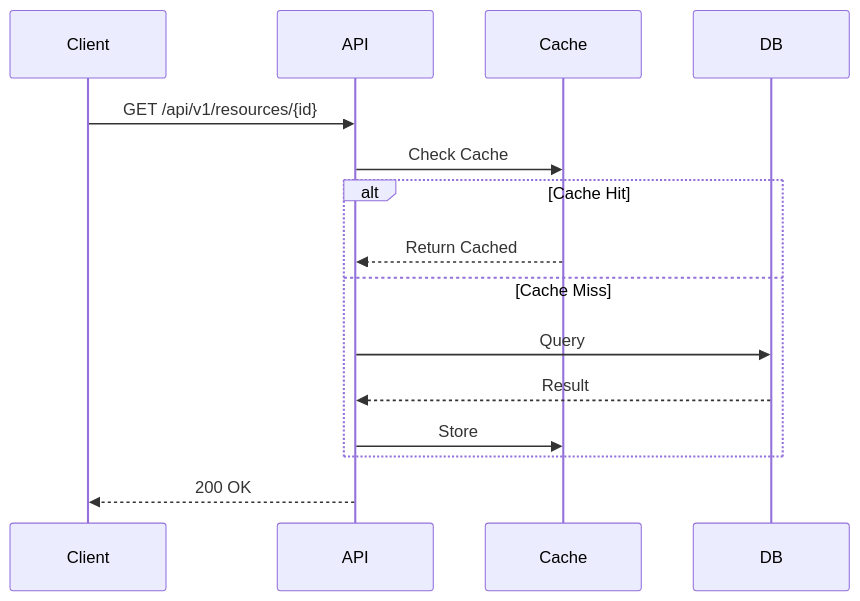
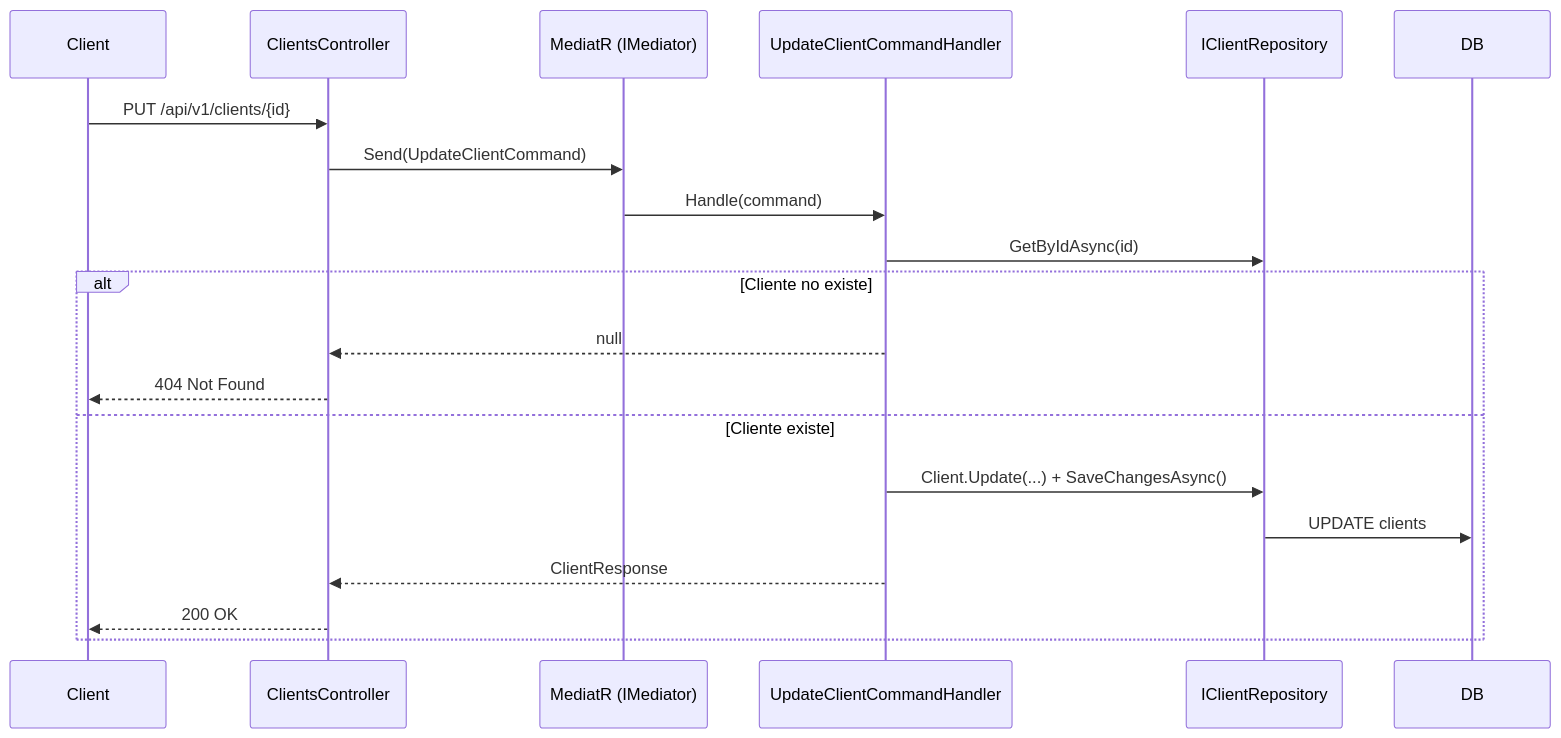
One commit to ebugedo/poc-sdd-net-core-api changed the third of 4 diagrams in design/flows/system-flows.md. Above: the diagram before and after it, drawn with Mermaid. The commit also changed other lines of this file and 28 other files, not shown here.

````diff
--- a/design/flows/system-flows.md
+++ b/design/flows/system-flows.md
@@ -22,18 +50,23 @@
 ```mermaid
 sequenceDiagram
     participant Client
-    participant API
-    participant Cache
+    participant API as ClientsController
+    participant Mediator as MediatR (IMediator)
+    participant Handler as UpdateClientCommandHandler
+    participant Repo as IClientRepository
     participant DB
 
-    Client->>API: GET /api/v1/resources/{id}
-    API->>Cache: Check Cache
-    alt Cache Hit
-        Cache-->>API: Return Cached
-    else Cache Miss
-        API->>DB: Query
-        DB-->>API: Result
-        API->>Cache: Store
+    Client->>API: PUT /api/v1/clients/{id}
+    API->>Mediator: Send(UpdateClientCommand)
+    Mediator->>Handler: Handle(command)
+    Handler->>Repo: GetByIdAsync(id)
+    alt Cliente no existe
+        Handler-->>API: null
+        API-->>Client: 404 Not Found
+    else Cliente existe
+        Handler->>Repo: Client.Update(...) + SaveChangesAsync()
+        Repo->>DB: UPDATE clients
+        Handler-->>API: ClientResponse
+        API-->>Client: 200 OK
     end
-    API-->>Client: 200 OK
 ```
````
